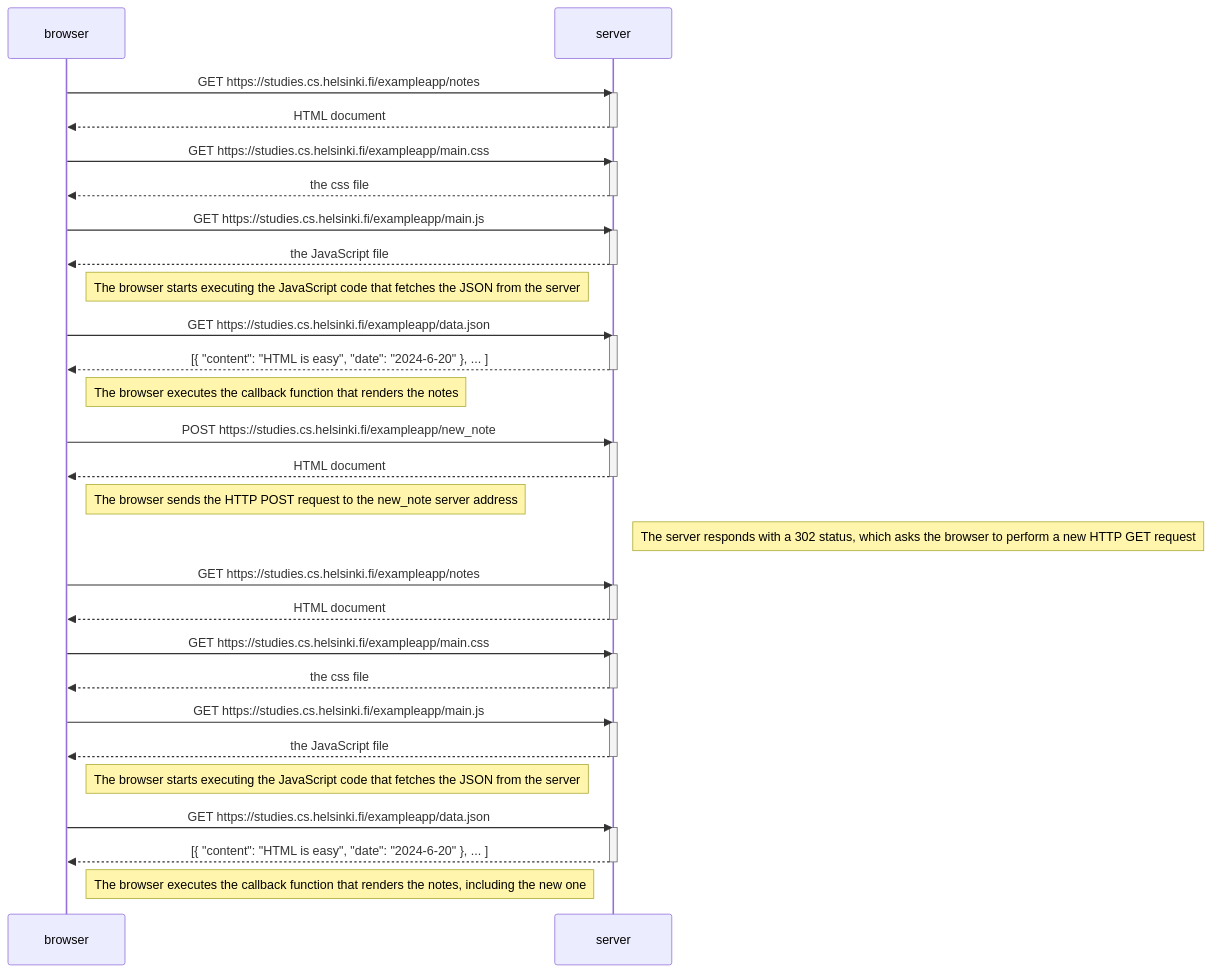
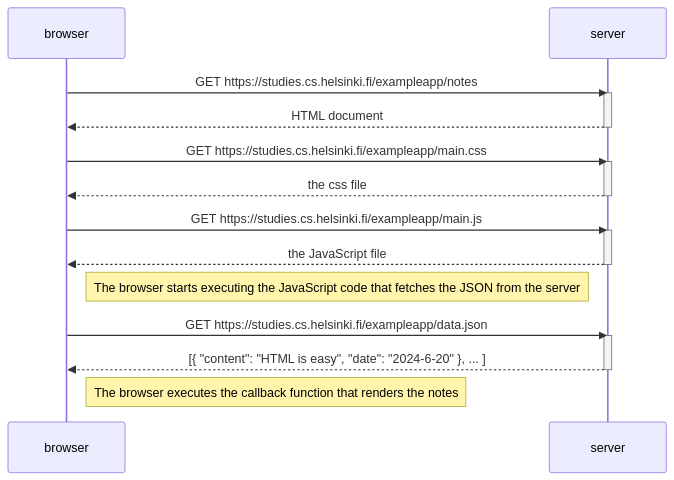
Before and after one commit to adeadelaide/fullstack-web-dev: the diagram in part0/05.md, drawn with Mermaid.

````diff
--- a/part0/05.md
+++ b/part0/05.md
@@ -1,60 +1,30 @@
 ```mermaid
     sequenceDiagram
         participant browser
         participant server
 
         browser->>server: GET https://studies.cs.helsinki.fi/exampleapp/notes
 
         activate server
         server-->>browser: HTML document
         deactivate server
 
         browser->>server: GET https://studies.cs.helsinki.fi/exampleapp/main.css
         activate server
         server-->>browser: the css file
         deactivate server
 
         browser->>server: GET https://studies.cs.helsinki.fi/exampleapp/main.js
         activate server
         server-->>browser: the JavaScript file
         deactivate server
 
         Note right of browser: The browser starts executing the JavaScript code that fetches the JSON from the server
 
         browser->>server: GET https://studies.cs.helsinki.fi/exampleapp/data.json
         activate server
         server-->>browser: [{ "content": "HTML is easy", "date": "2024-6-20" }, ... ]
         deactivate server
 
         Note right of browser: The browser executes the callback function that renders the notes
-    
-        browser->>server: POST https://studies.cs.helsinki.fi/exampleapp/new_note
-        activate server
-        server-->>browser: HTML document
-        deactivate server
-        Note right of browser: The browser sends the HTTP POST request to the new_note server address
-        Note right of server: The server responds with a 302 status, which asks the browser to perform a new HTTP GET request
-
-        browser->>server: GET https://studies.cs.helsinki.fi/exampleapp/notes
-        activate server
-        server-->>browser: HTML document
-        deactivate server
-
-            browser->>server: GET https://studies.cs.helsinki.fi/exampleapp/main.css
-        activate server
-        server-->>browser: the css file
-        deactivate server
-
-        browser->>server: GET https://studies.cs.helsinki.fi/exampleapp/main.js
-        activate server
-        server-->>browser: the JavaScript file
-        deactivate server
-
-        Note right of browser: The browser starts executing the JavaScript code that fetches the JSON from the server
-
-        browser->>server: GET https://studies.cs.helsinki.fi/exampleapp/data.json
-        activate server
-        server-->>browser: [{ "content": "HTML is easy", "date": "2024-6-20" }, ... ]
-        deactivate server
-        Note right of browser: The browser executes the callback function that renders the notes, including the new one
 ```
````
